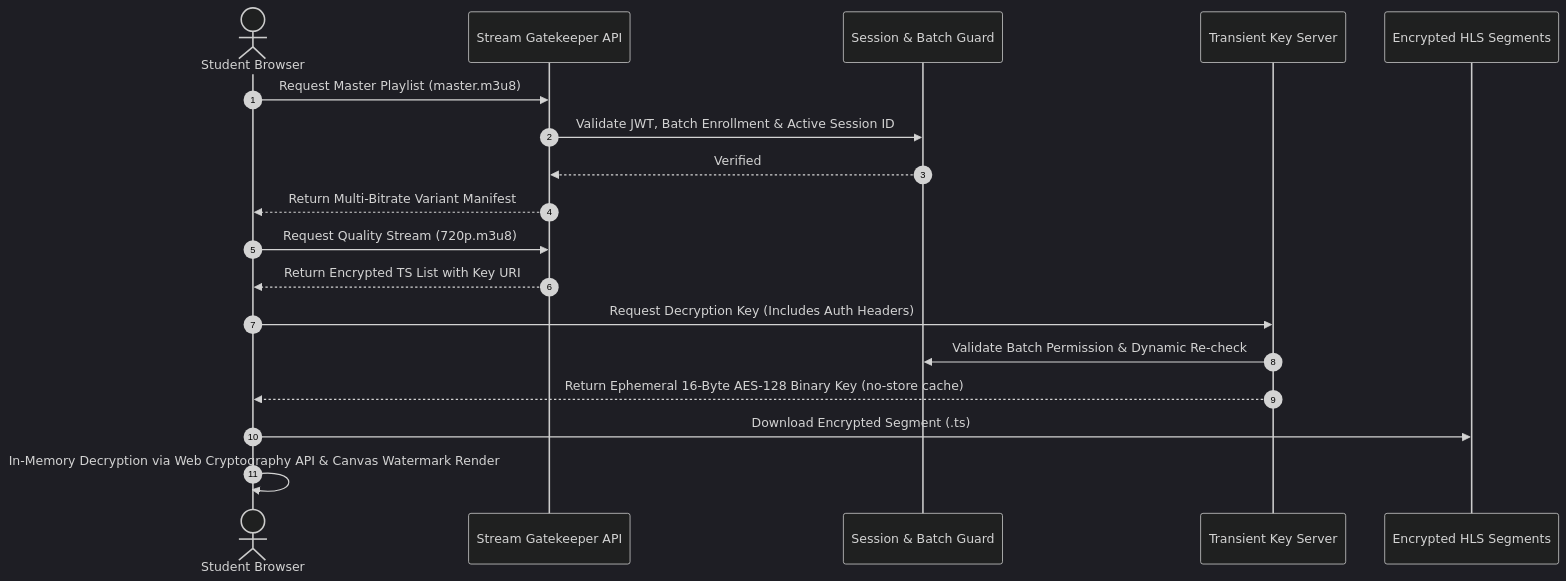
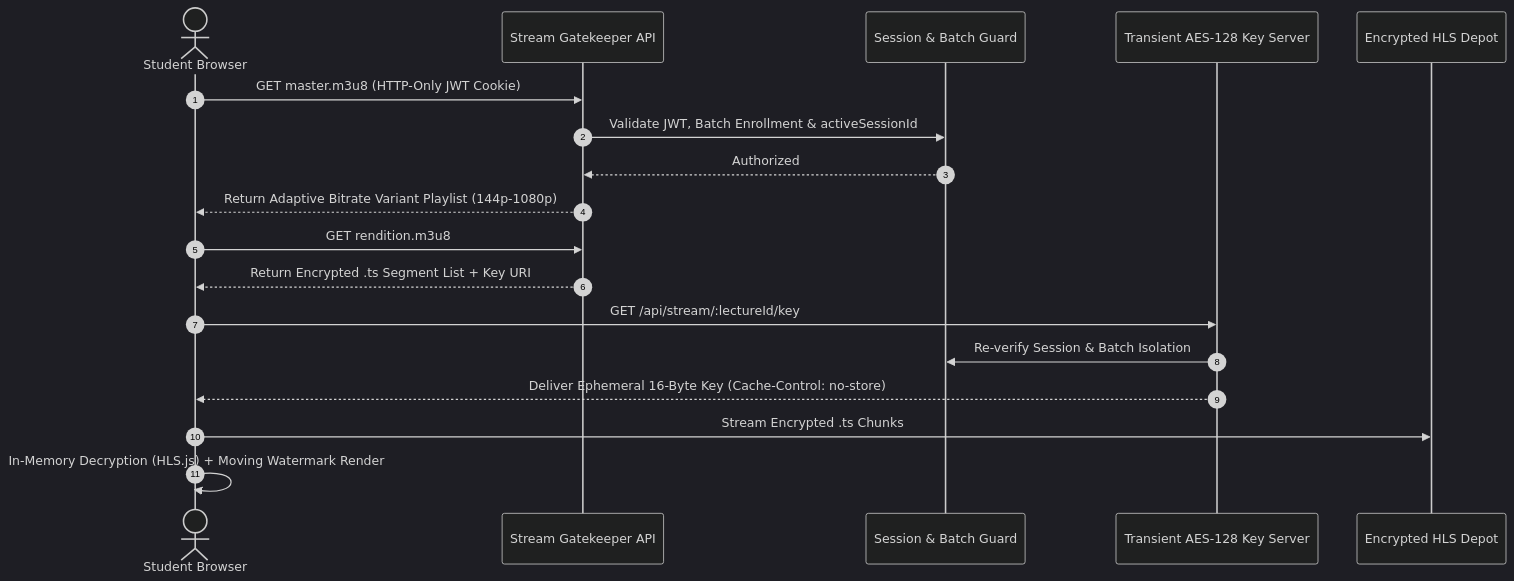
The diagram in README.md (shubham-gayke/Learning-Management-System), drawn with Mermaid (dark theme) before and after one commit. The commit also changed other lines of this file and 10 other files, not shown here.

Commit message:
feat(docs): upgrade README with 9 animated Glacier SVG architecture and feature scenes

````diff
--- a/README.md
+++ b/README.md
@@ -58,24 +85,24 @@
 ```mermaid
 sequenceDiagram
     autonumber
     actor Student as Student Browser
     participant Gateway as Stream Gatekeeper API
     participant Auth as Session & Batch Guard
-    participant KeyServer as Transient Key Server
-    participant Storage as Encrypted HLS Segments
+    participant KeyServer as Transient AES-128 Key Server
+    participant Storage as Encrypted HLS Depot
 
-    Student->>Gateway: Request Master Playlist (master.m3u8)
-    Gateway->>Auth: Validate JWT, Batch Enrollment & Active Session ID
-    Auth-->>Gateway: Verified
-    Gateway-->>Student: Return Multi-Bitrate Variant Manifest
-    
-    Student->>Gateway: Request Quality Stream (720p.m3u8)
-    Gateway-->>Student: Return Encrypted TS List with Key URI
-    
-    Student->>KeyServer: Request Decryption Key (Includes Auth Headers)
-    KeyServer->>Auth: Validate Batch Permission & Dynamic Re-check
-    KeyServer-->>Student: Return Ephemeral 16-Byte AES-128 Binary Key (no-store cache)
-    
-    Student->>Storage: Download Encrypted Segment (.ts)
-    Student->>Student: In-Memory Decryption via Web Cryptography API & Canvas Watermark Render
+    Student->>Gateway: GET master.m3u8 (HTTP-Only JWT Cookie)
+    Gateway->>Auth: Validate JWT, Batch Enrollment & activeSessionId
+    Auth-->>Gateway: Authorized
+    Gateway-->>Student: Return Adaptive Bitrate Variant Playlist (144p-1080p)
+
+    Student->>Gateway: GET rendition.m3u8
+    Gateway-->>Student: Return Encrypted .ts Segment List + Key URI
+
+    Student->>KeyServer: GET /api/stream/:lectureId/key
+    KeyServer->>Auth: Re-verify Session & Batch Isolation
+    KeyServer-->>Student: Deliver Ephemeral 16-Byte Key (Cache-Control: no-store)
+
+    Student->>Storage: Stream Encrypted .ts Chunks
+    Student->>Student: In-Memory Decryption (HLS.js) + Moving Watermark Render
 ```
````
